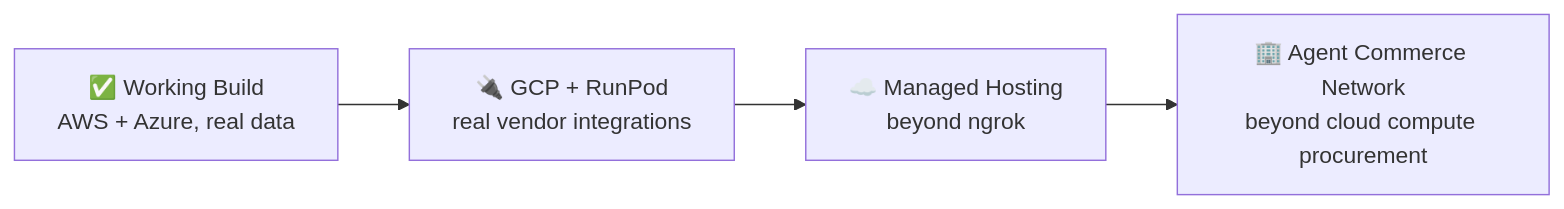
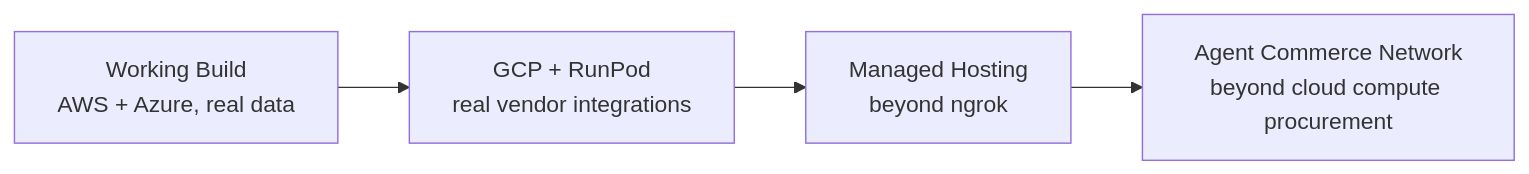
The sixth of 6 diagrams in README.md (maha-rk/pact), drawn with Mermaid before and after one commit. The commit also changed other lines of this file, not shown here.

````diff
--- a/README.md
+++ b/README.md
@@ -918,6 +893,6 @@
 ```mermaid
 flowchart LR
-    A["✅ Working Build<br/>AWS + Azure, real data"] --> B["🔌 GCP + RunPod<br/>real vendor integrations"]
-    B --> C["☁️ Managed Hosting<br/>beyond ngrok"]
-    C --> D["🏢 Agent Commerce Network<br/>beyond cloud compute procurement"]
+    A["Working Build<br/>AWS + Azure, real data"] --> B["GCP + RunPod<br/>real vendor integrations"]
+    B --> C["Managed Hosting<br/>beyond ngrok"]
+    C --> D["Agent Commerce Network<br/>beyond cloud compute procurement"]
 ```
````
